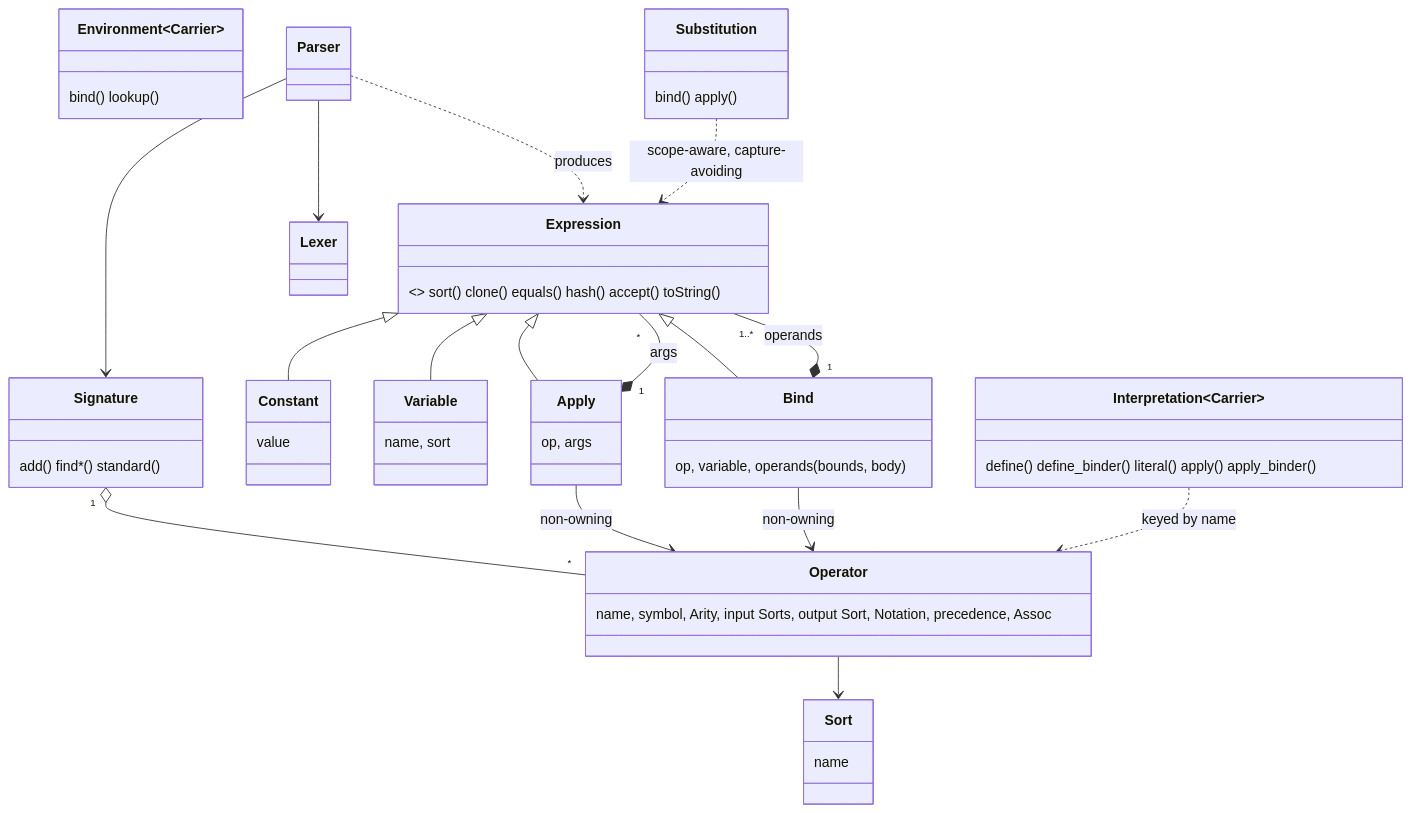
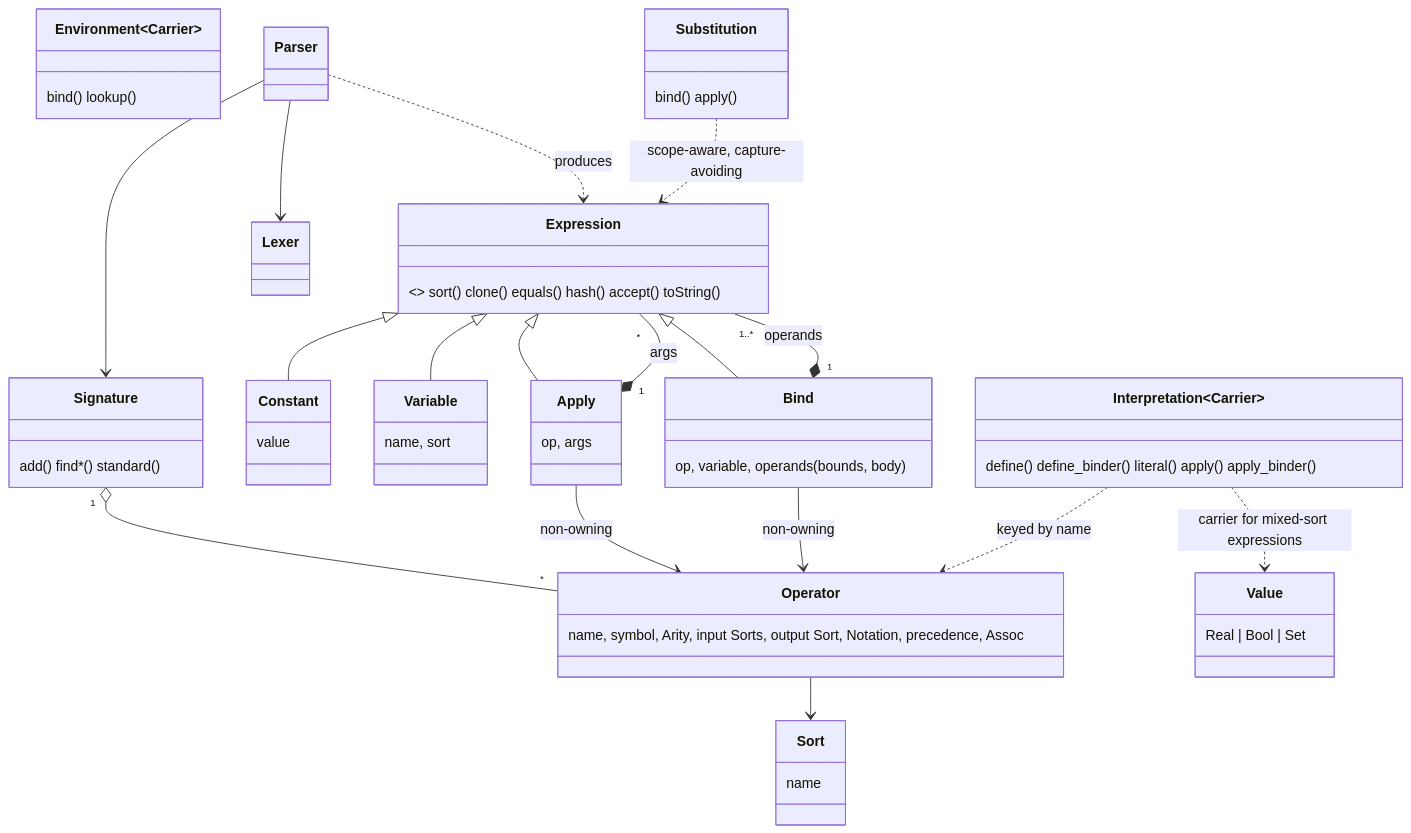
Before and after one commit to rayyanaamir22/cppmath: the diagram in docs/architecture/core.md, drawn with Mermaid. The commit also changed other lines of this file and 40 other files, not shown here.

Commit message:
recentre entire project around AST core. add plans/ folder for per-module roadmap

````diff
--- a/docs/architecture/core.md
+++ b/docs/architecture/core.md
@@ -9,32 +15,34 @@
 ```mermaid
 classDiagram
     class Sort { name }
     class Operator { name, symbol, Arity, input Sorts, output Sort, Notation, precedence, Assoc }
     class Signature { add() find*() standard() }
     class Expression { <<abstract>> sort() clone() equals() hash() accept() toString() }
     class Constant { value }
     class Variable { name, sort }
     class Apply { op, args }
     class Bind { op, variable, operands (bounds, body) }
     class Interpretation~Carrier~ { define() define_binder() literal() apply() apply_binder() }
     class Environment~Carrier~ { bind() lookup() }
     class Substitution { bind() apply() }
+    class Value { Real | Bool | Set }
     class Lexer
     class Parser
 
     Signature "1" o-- "*" Operator
     Operator --> Sort
     Expression <|-- Constant
     Expression <|-- Variable
     Expression <|-- Apply
     Expression <|-- Bind
     Apply --> Operator : non-owning
     Bind --> Operator : non-owning
     Bind "1" *-- "1..*" Expression : operands
     Apply "1" *-- "*" Expression : args
     Parser --> Lexer
     Parser --> Signature
     Parser ..> Expression : produces
     Interpretation ..> Operator : keyed by name
     Substitution ..> Expression : scope-aware, capture-avoiding
+    Interpretation ..> Value : carrier for mixed-sort expressions
 ```
````
